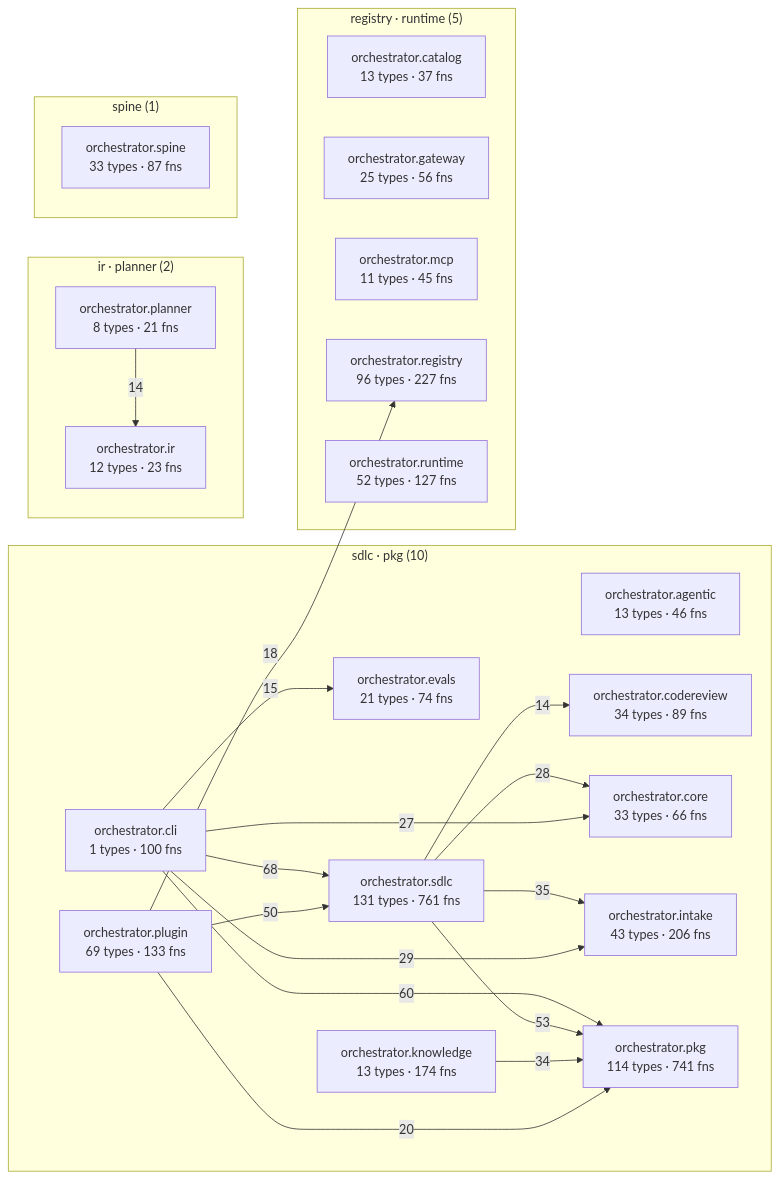
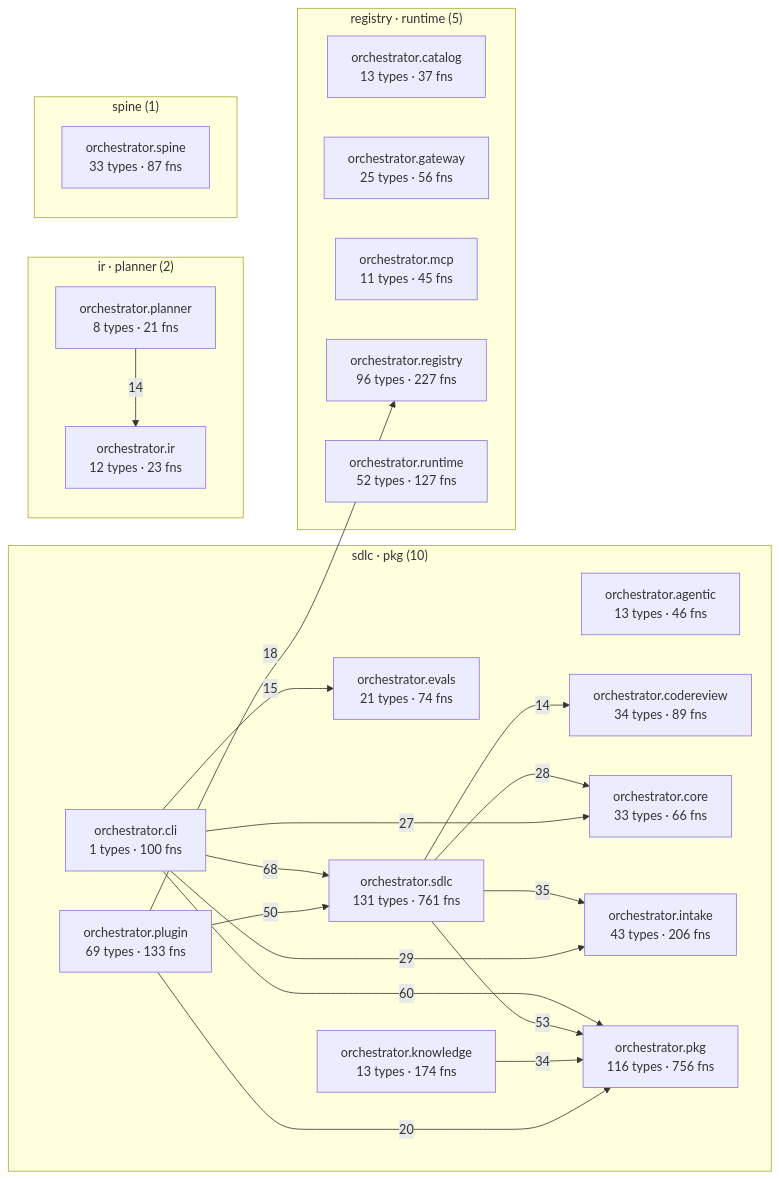
Before and after one commit to palakupadhyay23/spine: the diagram in episteme/architecture.md, drawn with Mermaid. The commit also changed other lines of this file and 22 other files, not shown here.

````diff
--- a/episteme/architecture.md
+++ b/episteme/architecture.md
@@ -54,43 +54,43 @@
 ```mermaid
 flowchart LR
   subgraph c_2["sdlc · pkg (10)"]
     aorchestratoragentic["orchestrator.agentic<br/>13 types · 46 fns"]
     aorchestratorcli["orchestrator.cli<br/>1 types · 100 fns"]
     aorchestratorcodereview["orchestrator.codereview<br/>34 types · 89 fns"]
     aorchestratorcore["orchestrator.core<br/>33 types · 66 fns"]
     aorchestratorevals["orchestrator.evals<br/>21 types · 74 fns"]
     aorchestratorintake["orchestrator.intake<br/>43 types · 206 fns"]
     aorchestratorknowledge["orchestrator.knowledge<br/>13 types · 174 fns"]
-    aorchestratorpkg["orchestrator.pkg<br/>114 types · 741 fns"]
+    aorchestratorpkg["orchestrator.pkg<br/>116 types · 756 fns"]
     aorchestratorplugin["orchestrator.plugin<br/>69 types · 133 fns"]
     aorchestratorsdlc["orchestrator.sdlc<br/>131 types · 761 fns"]
   end
   subgraph c_4["registry · runtime (5)"]
     aorchestratorcatalog["orchestrator.catalog<br/>13 types · 37 fns"]
     aorchestratorgateway["orchestrator.gateway<br/>25 types · 56 fns"]
     aorchestratormcp["orchestrator.mcp<br/>11 types · 45 fns"]
     aorchestratorregistry["orchestrator.registry<br/>96 types · 227 fns"]
     aorchestratorruntime["orchestrator.runtime<br/>52 types · 127 fns"]
   end
   subgraph c_7["ir · planner (2)"]
     aorchestratorir["orchestrator.ir<br/>12 types · 23 fns"]
     aorchestratorplanner["orchestrator.planner<br/>8 types · 21 fns"]
   end
   subgraph c_12["spine (1)"]
     aorchestratorspine["orchestrator.spine<br/>33 types · 87 fns"]
   end
   aorchestratorcli -->|68| aorchestratorsdlc
   aorchestratorcli -->|60| aorchestratorpkg
   aorchestratorsdlc -->|53| aorchestratorpkg
   aorchestratorplugin -->|50| aorchestratorsdlc
   aorchestratorsdlc -->|35| aorchestratorintake
   aorchestratorknowledge -->|34| aorchestratorpkg
   aorchestratorcli -->|29| aorchestratorintake
   aorchestratorsdlc -->|28| aorchestratorcore
   aorchestratorcli -->|27| aorchestratorcore
   aorchestratorplugin -->|20| aorchestratorpkg
   aorchestratorplugin -->|18| aorchestratorregistry
   aorchestratorcli -->|15| aorchestratorevals
   aorchestratorplanner -->|14| aorchestratorir
   aorchestratorsdlc -->|14| aorchestratorcodereview
 ```
````
